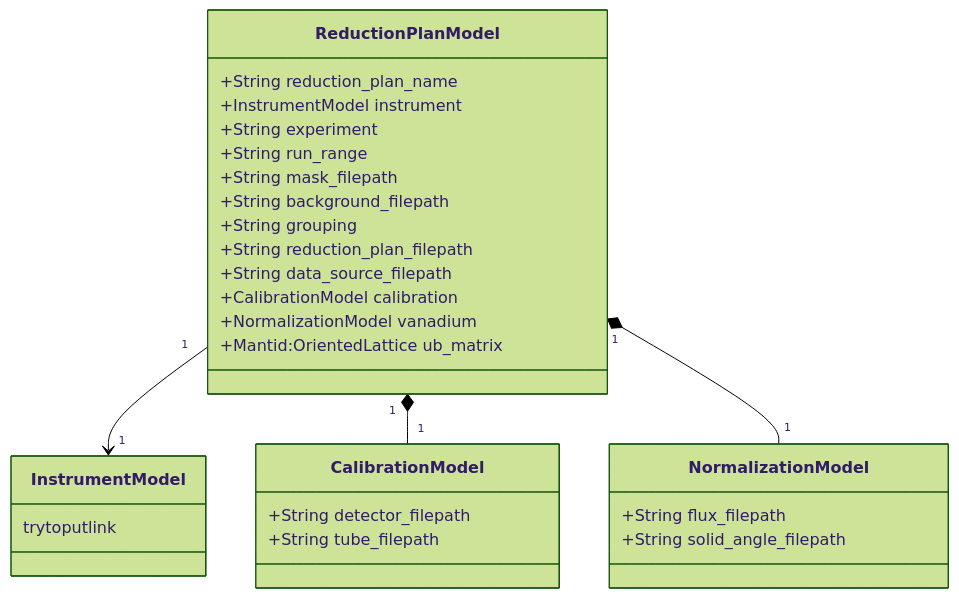
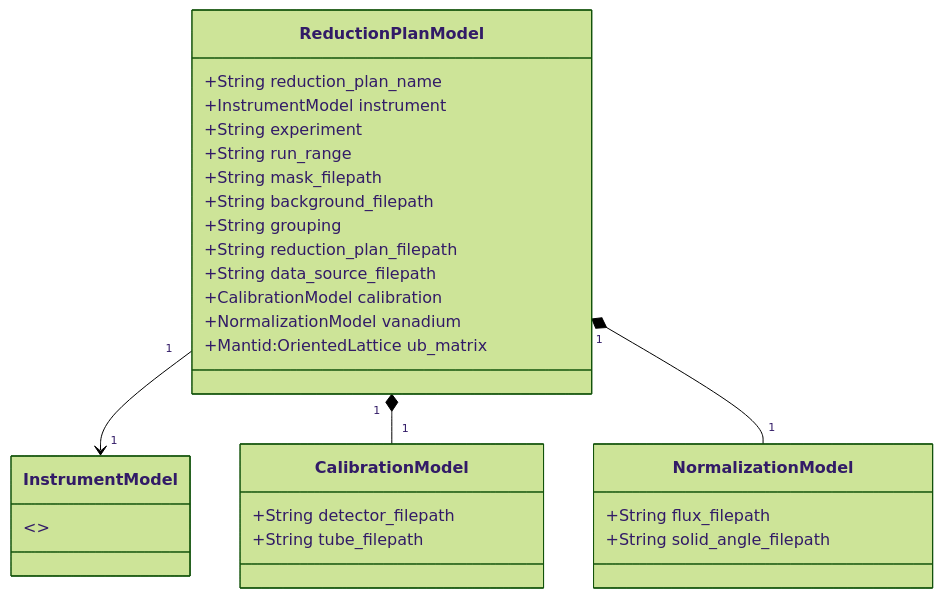
One commit to neutrons/garnet changed the diagram in docs/source/design/reduction_plan.rst. Above: the diagram before and after it, drawn with Mermaid (forest theme). The commit also changed other lines of this file and 4 other files, not shown here.

```diff
--- a/docs/source/design/reduction_plan.rst
+++ b/docs/source/design/reduction_plan.rst
@@ -7,36 +11,36 @@
 .. mermaid::
 
  classDiagram
     ReductionPlanModel "1" -->"1" InstrumentModel
     ReductionPlanModel "1" *--"1" CalibrationModel
     ReductionPlanModel "1" *--"1" NormalizationModel
 
     class ReductionPlanModel{
         +String reduction_plan_name
         +InstrumentModel instrument
         +String experiment
         +String run_range
         +String mask_filepath
         +String background_filepath
         +String grouping
         +String reduction_plan_filepath
         +String data_source_filepath
         +CalibrationModel calibration
         +NormalizationModel vanadium
         +Mantid:OrientedLattice ub_matrix
     }
 
     class InstrumentModel{
-        trytoputlink
+        <>
     }
 
 
     class CalibrationModel{
         +String detector_filepath
         +String tube_filepath
     }
 
     class NormalizationModel{
         +String flux_filepath
         +String solid_angle_filepath
     }
```
